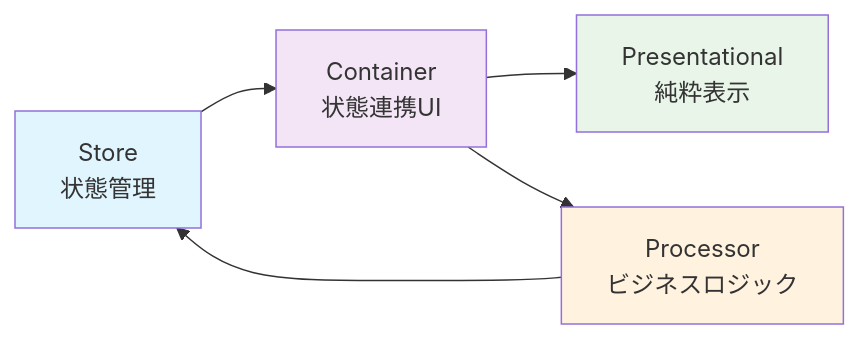
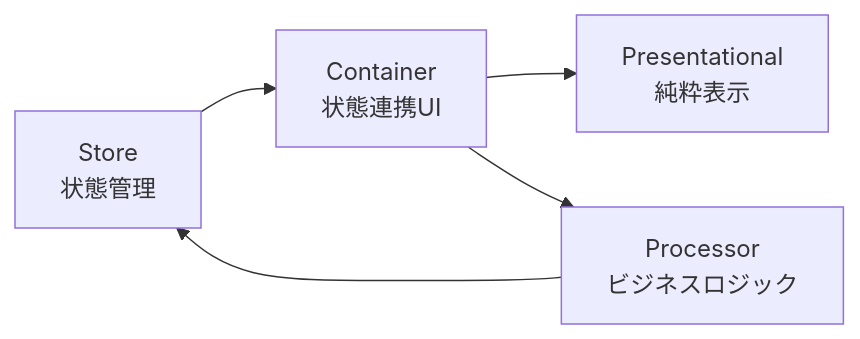
Before and after one commit to vavavavavavavavava/pubsubtk: the diagram in docs/index.md, drawn with Mermaid. The commit also changed other lines of this file and 2 other files, not shown here.

````diff
--- a/docs/index.md
+++ b/docs/index.md
@@ -76,12 +47,7 @@
 ```mermaid
 graph LR
-    Store[Store<br/>状態管理] --> Container[Container<br/>状態連携UI]
-    Container --> Presentational[Presentational<br/>純粋表示]
-    Container --> Processor[Processor<br/>ビジネスロジック]
+    Store[Store<br>状態管理] --> Container[Container<br>状態連携UI]
+    Container --> Presentational[Presentational<br>純粋表示]
+    Container --> Processor[Processor<br>ビジネスロジック]
     Processor --> Store
-    
-    style Store fill:#e1f5fe
-    style Container fill:#f3e5f5
-    style Presentational fill:#e8f5e8
-    style Processor fill:#fff3e0
 ```
````
